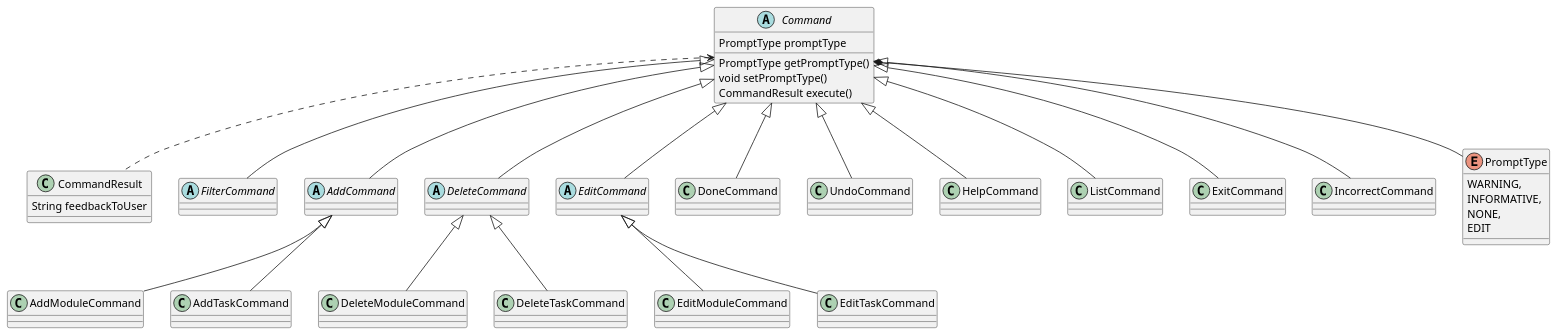
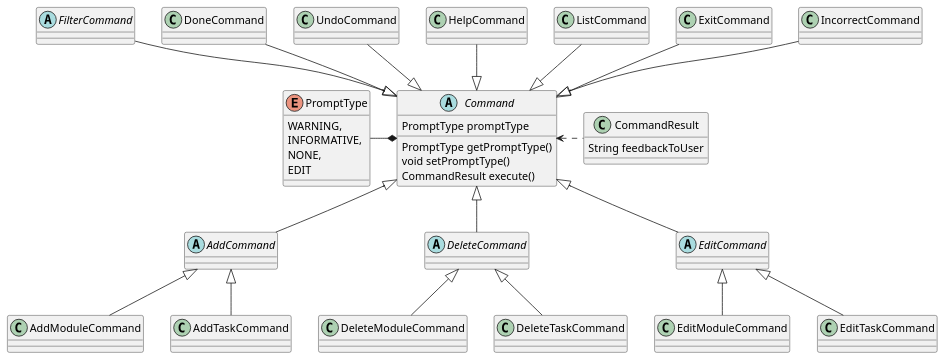
Before and after one commit to wangqinNick/tp: the diagram in docs/diagrams/UML/CommandClassDiagram.puml, drawn with PlantUML. The commit also changed 1 other file, not shown here.

Commit message:
Made diagrams more compact

```diff
--- a/docs/diagrams/UML/CommandClassDiagram.puml
+++ b/docs/diagrams/UML/CommandClassDiagram.puml
@@ -1,64 +1,65 @@
 @startuml
 
 
 abstract class Command {
     PromptType promptType
     PromptType getPromptType()
     void setPromptType()
     CommandResult execute()
 }
 
 class CommandResult {
     String feedbackToUser
 }
 
 abstract class FilterCommand
 
 abstract class AddCommand
 class AddModuleCommand
 class AddTaskCommand
 
 abstract class DeleteCommand
 class DeleteModuleCommand
 class DeleteTaskCommand
 
 abstract class EditCommand
 class EditModuleCommand
 class EditTaskCommand
 
 class DoneCommand
 class UndoCommand
 class HelpCommand
 class ListCommand
 class ExitCommand
 class IncorrectCommand
 enum PromptType {
     WARNING,
     INFORMATIVE,
     NONE,
     EDIT
 }
 
+DoneCommand --|> Command
+HelpCommand --|> Command
+ListCommand --|> Command
+UndoCommand --|> Command
+ExitCommand --|> Command
+IncorrectCommand --|> Command
+FilterCommand --|> Command
+
+PromptType -* Command
+Command <. CommandResult
+
 AddCommand <|-- AddModuleCommand
 AddCommand <|-- AddTaskCommand
 DeleteCommand <|-- DeleteModuleCommand
 DeleteCommand <|-- DeleteTaskCommand
 EditCommand <|-- EditModuleCommand
 EditCommand <|-- EditTaskCommand
 
-Command <|-- AddCommand
 Command <|-- DeleteCommand
 Command <|-- EditCommand
-Command <|-- FilterCommand
-Command <|-- DoneCommand
-Command <|-- HelpCommand
-Command <|-- ListCommand
-Command <|-- UndoCommand
-Command <|-- ExitCommand
-Command <|-- IncorrectCommand
-
-Command *-- PromptType
-Command <.. CommandResult
+Command <|-- AddCommand
 
 
 @enduml
```
